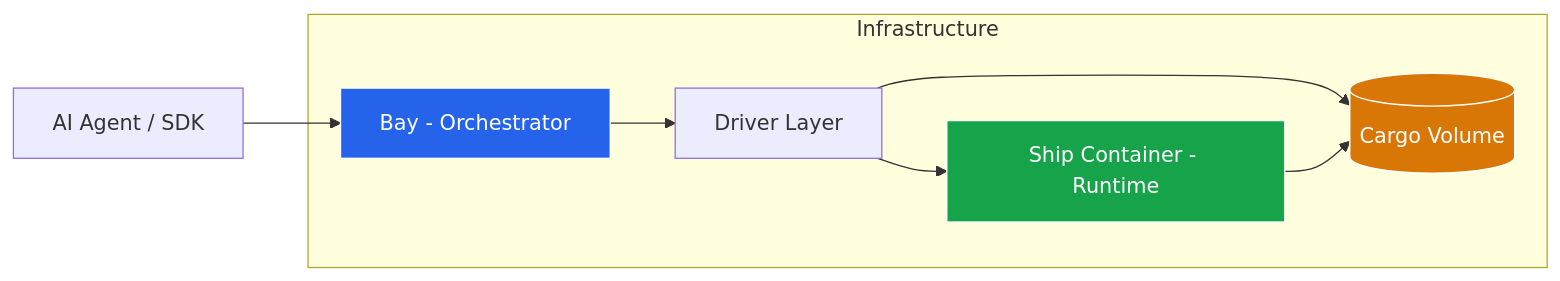
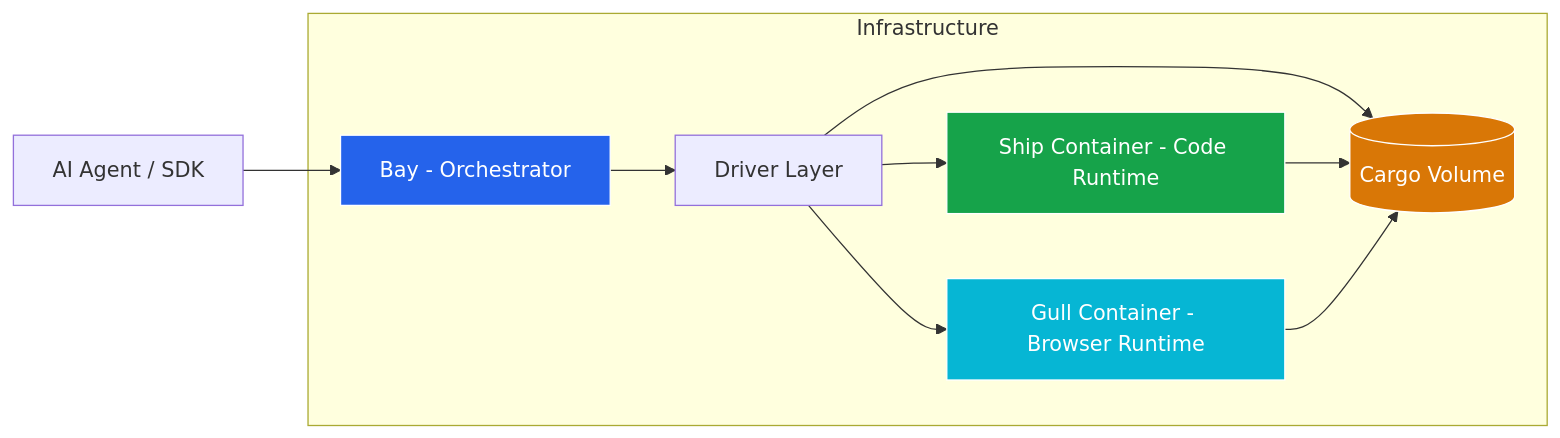
One commit to AstrBotDevs/shipyard-neo changed the first of 2 diagrams in README.md. Above: the diagram before and after it, drawn with Mermaid. The commit also changed other lines of this file and 59 other files, not shown here.

````diff
--- a/README.md
+++ b/README.md
@@ -19,16 +20,19 @@
 ```mermaid
 flowchart LR
     Client[AI Agent / SDK] --> Bay[Bay - Orchestrator]
 
     subgraph Infrastructure
         Bay --> Driver[Driver Layer]
-        Driver --> Ship[Ship Container - Runtime]
+        Driver --> Ship[Ship Container - Code Runtime]
+        Driver --> Gull[Gull Container - Browser Runtime]
         Driver --> Cargo[(Cargo Volume)]
     end
 
     Ship --> Cargo
+    Gull --> Cargo
 
     style Bay fill:#2563eb,stroke:#fff,color:#fff
     style Ship fill:#16a34a,stroke:#fff,color:#fff
+    style Gull fill:#06b6d4,stroke:#fff,color:#fff
     style Cargo fill:#d97706,stroke:#fff,color:#fff
 ```
````
